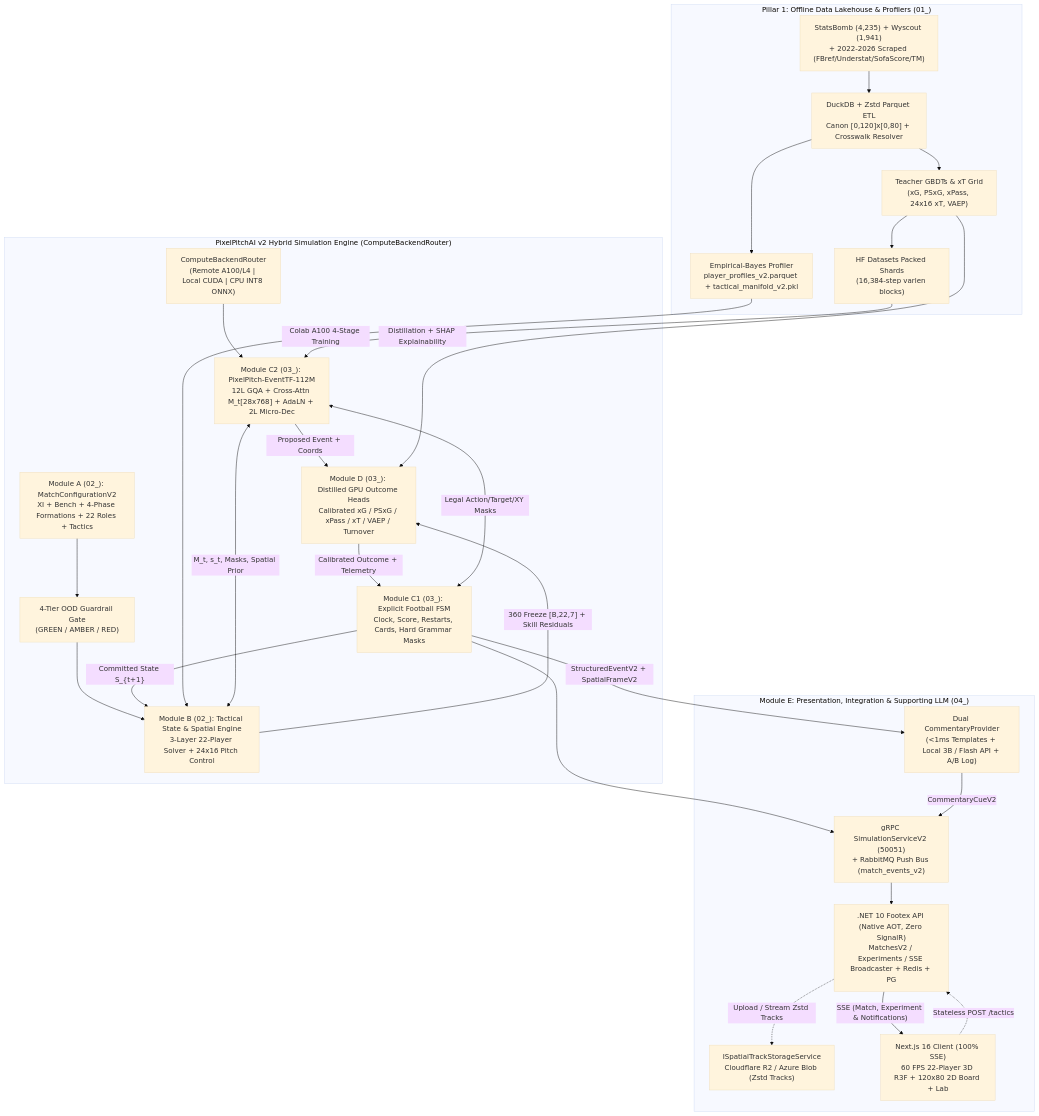
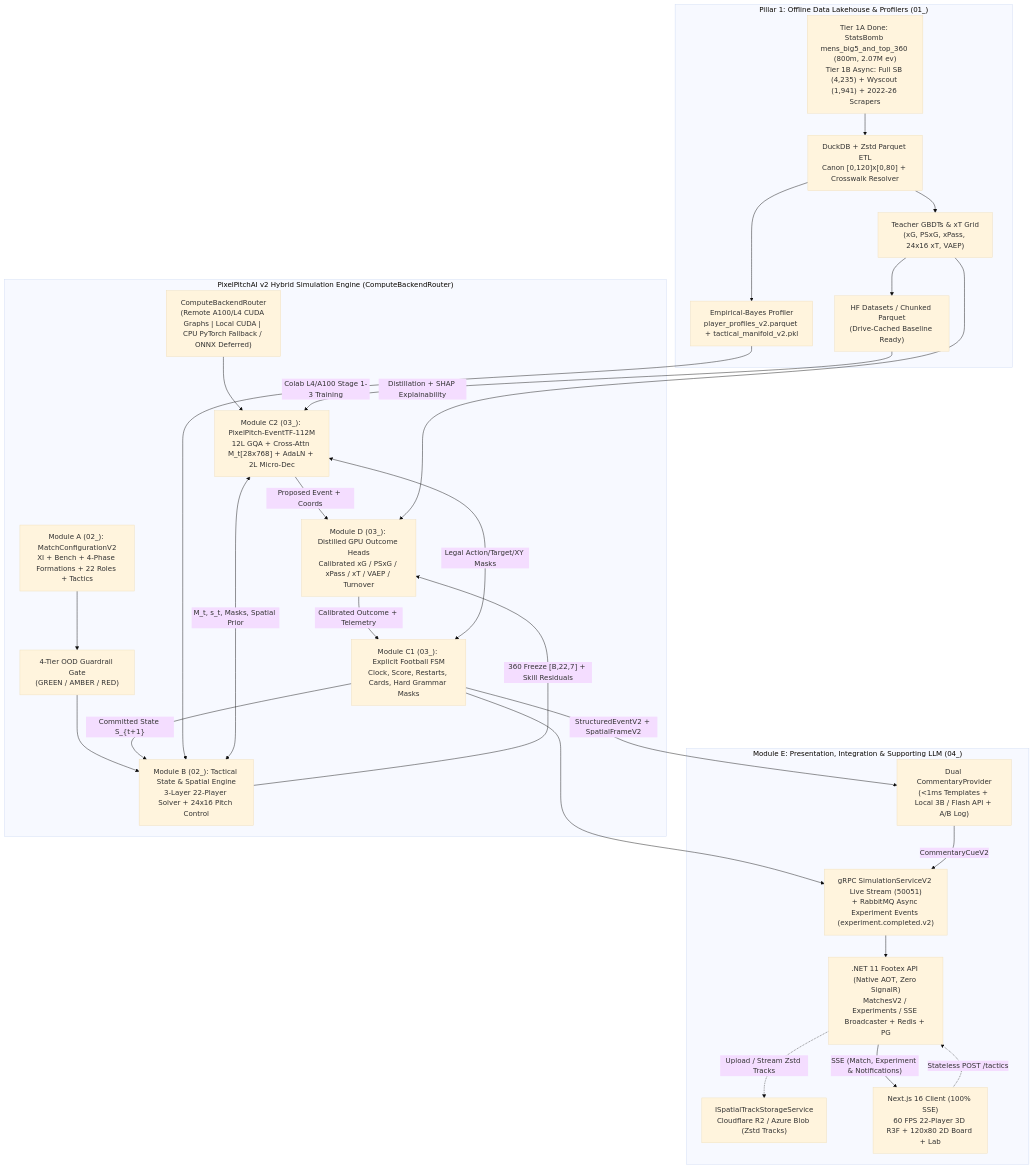
Before and after one commit to Nader7x/PixelPitchAI: the first of 3 diagrams in docs/revamp/MASTER_REVAMP_PLAN.md, drawn with Mermaid (base theme). The commit also changed other lines of this file and 4 other files, not shown here.

Commit message:
docs(revamp): align v2 masterplans with .NET 11, Drive-first Colab, and streamlined transport

````diff
--- a/docs/revamp/MASTER_REVAMP_PLAN.md
+++ b/docs/revamp/MASTER_REVAMP_PLAN.md
@@ -37,50 +37,50 @@
 ```mermaid
 flowchart TB
     subgraph Pillar1["Pillar 1: Offline Data Lakehouse & Profilers (01_)"]
-        RawData["StatsBomb (4,235) + Wyscout (1,941)\n+ 2022-2026 Scraped (FBref/Understat/SofaScore/TM)"]
+        RawData["Tier 1A Done: StatsBomb mens_big5_and_top_360 (800m, 2.07M ev)\nTier 1B Async: Full SB (4,235) + Wyscout (1,941) + 2022-26 Scrapers"]
         DuckETL["DuckDB + Zstd Parquet ETL\nCanon [0,120]x[0,80] + Crosswalk Resolver"]
         TeacherD["Teacher GBDTs & xT Grid\n(xG, PSxG, xPass, 24x16 xT, VAEP)"]
         Profiler["Empirical-Bayes Profiler\nplayer_profiles_v2.parquet + tactical_manifold_v2.pkl"]
-        HFShards["HF Datasets Packed Shards\n(16,384-step varlen blocks)"]
+        HFShards["HF Datasets / Chunked Parquet\n(Drive-Cached Baseline Ready)"]
         RawData --> DuckETL --> TeacherD --> HFShards
         DuckETL --> Profiler
     end
 
     subgraph CoreSim["PixelPitchAI v2 Hybrid Simulation Engine (ComputeBackendRouter)"]
-        Router["ComputeBackendRouter\n(Remote A100/L4 | Local CUDA | CPU INT8 ONNX)"]
+        Router["ComputeBackendRouter\n(Remote A100/L4 CUDA Graphs | Local CUDA | CPU PyTorch Fallback / ONNX Deferred)"]
         ModA["Module A (02_): MatchConfigurationV2\nXI + Bench + 4-Phase Formations + 22 Roles + Tactics"]
         OODGate["4-Tier OOD Guardrail Gate\n(GREEN / AMBER / RED)"]
         ModB["Module B (02_): Tactical State & Spatial Engine\n3-Layer 22-Player Solver + 24x16 Pitch Control"]
         ModC1["Module C1 (03_): Explicit Football FSM\nClock, Score, Restarts, Cards, Hard Grammar Masks"]
         ModC2["Module C2 (03_): PixelPitch-EventTF-112M\n12L GQA + Cross-Attn M_t[28x768] + AdaLN + 2L Micro-Dec"]
         ModD["Module D (03_): Distilled GPU Outcome Heads\nCalibrated xG / PSxG / xPass / xT / VAEP / Turnover"]
 
         Router --> ModC2
         ModA --> OODGate --> ModB
         ModB <-->|"M_t, s_t, Masks, Spatial Prior"| ModC2
         ModC1 <-->|"Legal Action/Target/XY Masks"| ModC2
         ModC2 -->|"Proposed Event + Coords"| ModD
         ModB -->|"360 Freeze [B,22,7] + Skill Residuals"| ModD
         ModD -->|"Calibrated Outcome + Telemetry"| ModC1
         ModC1 -->|"Committed State S_{t+1}"| ModB
     end
 
     subgraph ModuleE["Module E: Presentation, Integration & Supporting LLM (04_)"]
         LLM["Dual CommentaryProvider\n(<1ms Templates + Local 3B / Flash API + A/B Log)"]
-        Transport["gRPC SimulationServiceV2 (50051)\n+ RabbitMQ Push Bus (match_events_v2)"]
-        DotNet[".NET 10 Footex API (Native AOT, Zero SignalR)\nMatchesV2 / Experiments / SSE Broadcaster + Redis + PG"]
+        Transport["gRPC SimulationServiceV2 Live Stream (50051)\n+ RabbitMQ Async Experiment Events (experiment.completed.v2)"]
+        DotNet[".NET 11 Footex API (Native AOT, Zero SignalR)\nMatchesV2 / Experiments / SSE Broadcaster + Redis + PG"]
         ObjStore["ISpatialTrackStorageService\nCloudflare R2 / Azure Blob (Zstd Tracks)"]
         Frontend["Next.js 16 Client (100% SSE)\n60 FPS 22-Player 3D R3F + 120x80 2D Board + Lab"]
 
         ModC1 -->|"StructuredEventV2 + SpatialFrameV2"| LLM
         ModC1 --> Transport
         LLM -->|"CommentaryCueV2"| Transport
         Transport --> DotNet -->|"SSE (Match, Experiment & Notifications)"| Frontend
         DotNet -.->|"Upload / Stream Zstd Tracks"| ObjStore
         Frontend -.->|"Stateless POST /tactics"| DotNet
     end
 
     Profiler --> ModB
-    HFShards -->|"Colab A100 4-Stage Training"| ModC2
+    HFShards -->|"Colab L4/A100 Stage 1-3 Training"| ModC2
     TeacherD -->|"Distillation + SHAP Explainability"| ModD
 ```
````
